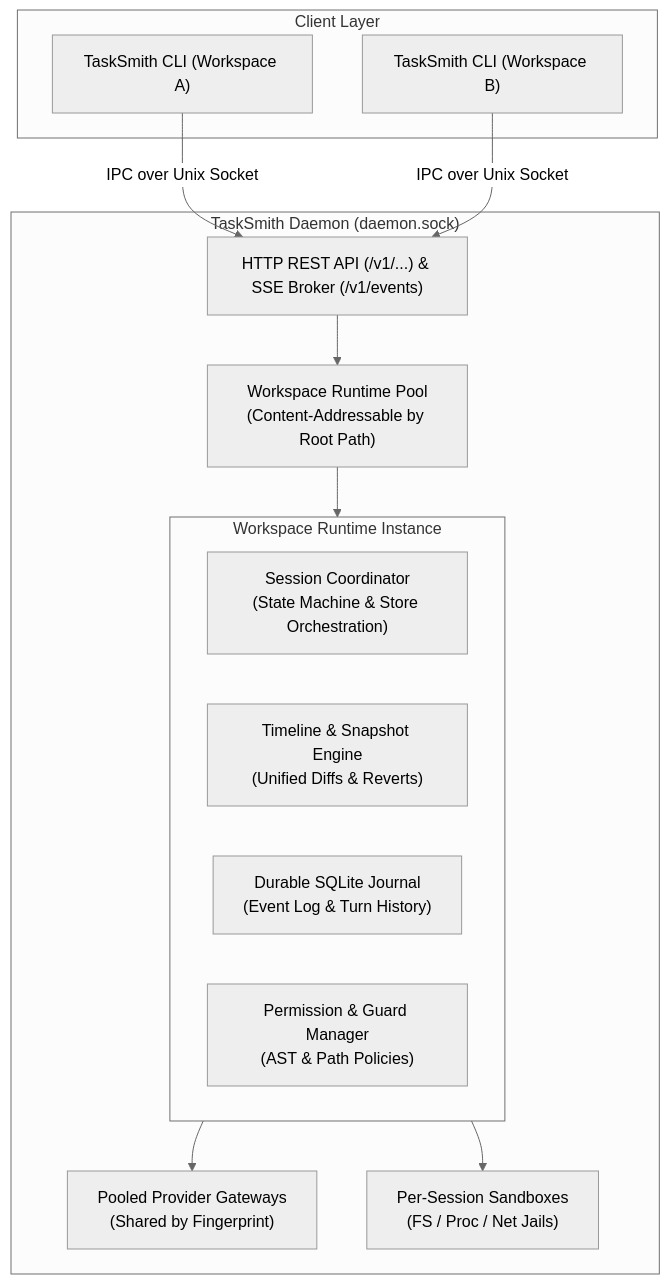
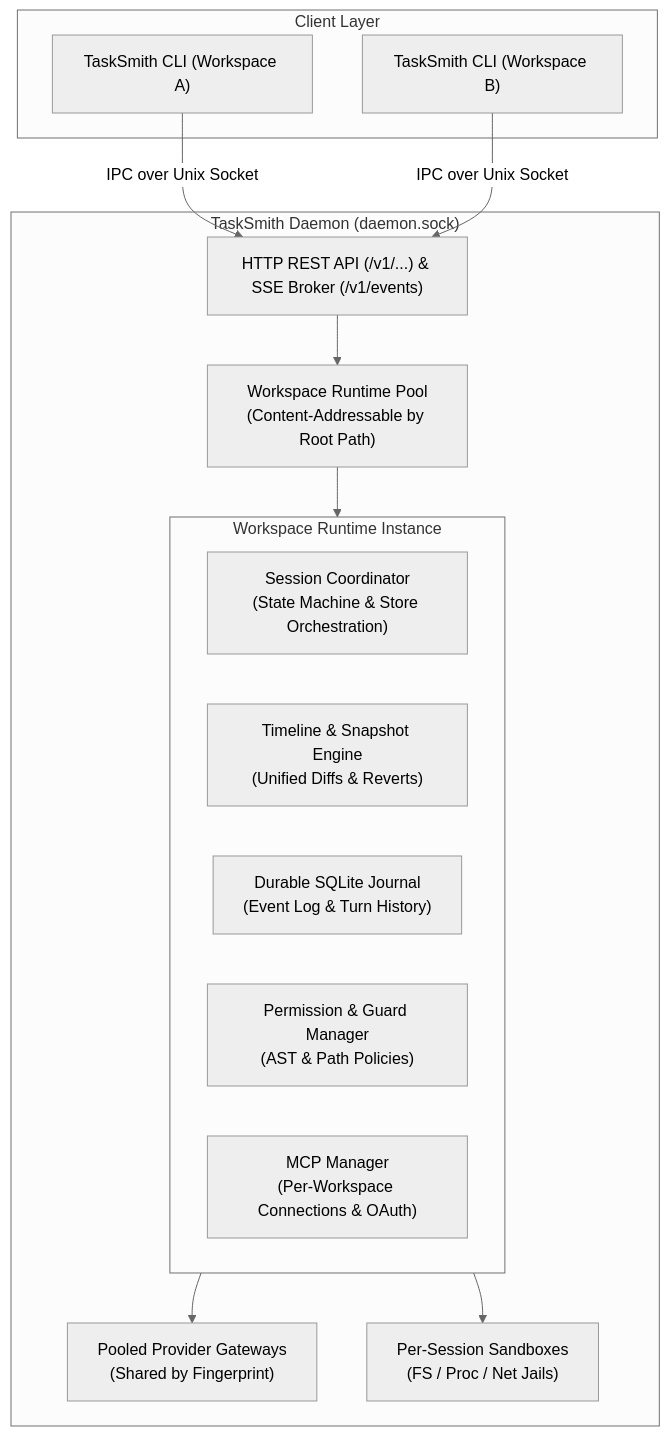
One commit to masterkeysrd/tasksmith changed the diagram in docs/architecture/daemon.md. Above: the diagram before and after it, drawn with Mermaid (neutral theme). The commit also changed other lines of this file and 73 other files, not shown here.

````diff
--- a/docs/architecture/daemon.md
+++ b/docs/architecture/daemon.md
@@ -9,28 +9,29 @@
 ```mermaid
 flowchart TD
     subgraph Clients ["Client Layer"]
         CLI1["TaskSmith CLI (Workspace A)"]
         CLI2["TaskSmith CLI (Workspace B)"]
     end
 
     subgraph DaemonSubsystem ["TaskSmith Daemon (daemon.sock)"]
         Server["HTTP REST API (/v1/...) & SSE Broker (/v1/events)"]
         RuntimePool["Workspace Runtime Pool\n(Content-Addressable by Root Path)"]
 
         subgraph RuntimeInstance ["Workspace Runtime Instance"]
             SessCoord["Session Coordinator\n(State Machine & Store Orchestration)"]
             Timeline["Timeline & Snapshot Engine\n(Unified Diffs & Reverts)"]
             Journal["Durable SQLite Journal\n(Event Log & Turn History)"]
             PermMgr["Permission & Guard Manager\n(AST & Path Policies)"]
+            MCPMgr["MCP Manager\n(Per-Workspace Connections & OAuth)"]
         end
 
         Gateways["Pooled Provider Gateways\n(Shared by Fingerprint)"]
         Sandboxes["Per-Session Sandboxes\n(FS / Proc / Net Jails)"]
     end
 
     CLI1 & CLI2 -->|IPC over Unix Socket| Server
     Server --> RuntimePool
     RuntimePool --> RuntimeInstance
     RuntimeInstance --> Gateways
     RuntimeInstance --> Sandboxes
 ```
````
